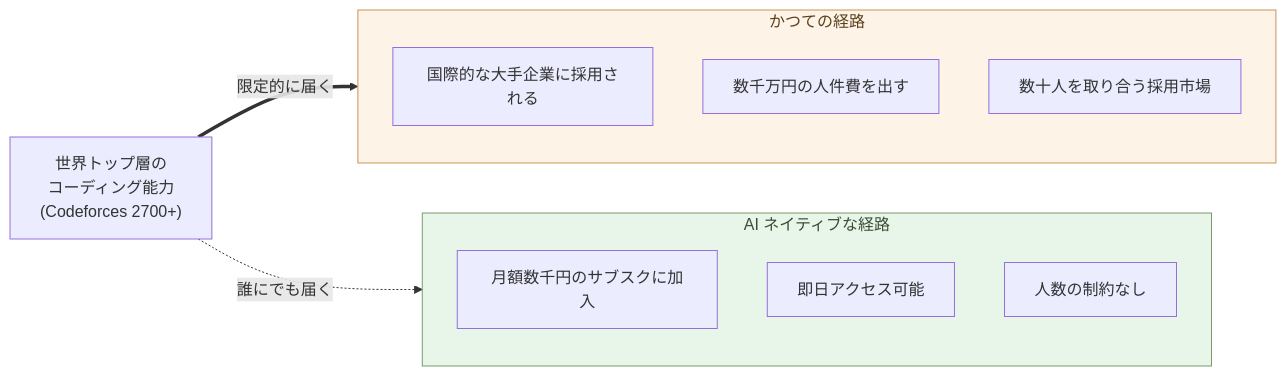
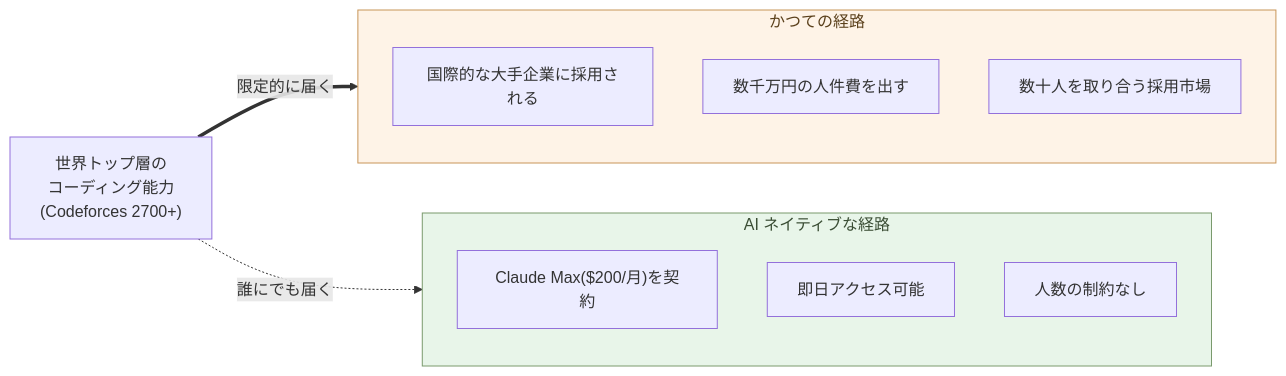
The diagram in articles/ai-native-ways/software/01-coder-top/ja.md (aiseed-dev/website), drawn with Mermaid before and after one commit. The commit also changed other lines of this file and 1 other file, not shown here.

First line of the commit message:
第1章: 価格アンカーを Claude Max (月 3 万円 / $200) に修正

````diff
--- a/articles/ai-native-ways/software/01-coder-top/ja.md
+++ b/articles/ai-native-ways/software/01-coder-top/ja.md
@@ -100,26 +107,26 @@
 ```mermaid
 flowchart LR
   Top["世界トップ層の<br/>コーディング能力<br/>(Codeforces 2700+)"]
 
   subgraph Legacy["かつての経路"]
     direction TB
     H1["国際的な大手企業に採用される"]
     H2["数千万円の人件費を出す"]
     H3["数十人を取り合う採用市場"]
   end
 
   subgraph Native["AI ネイティブな経路"]
     direction TB
-    N1["月額数千円のサブスクに加入"]
+    N1["Claude Max($200/月)を契約"]
     N2["即日アクセス可能"]
     N3["人数の制約なし"]
   end
 
   Top ==>|限定的に届く| Legacy
   Top -.->|誰にでも届く| Native
 
   classDef good fill:#e8f5e9,stroke:#7a9a6d,color:#3a4d34
   classDef bad fill:#fef3e7,stroke:#c89559,color:#5a3f1a
   class Native good
   class Legacy bad
 ```
````
